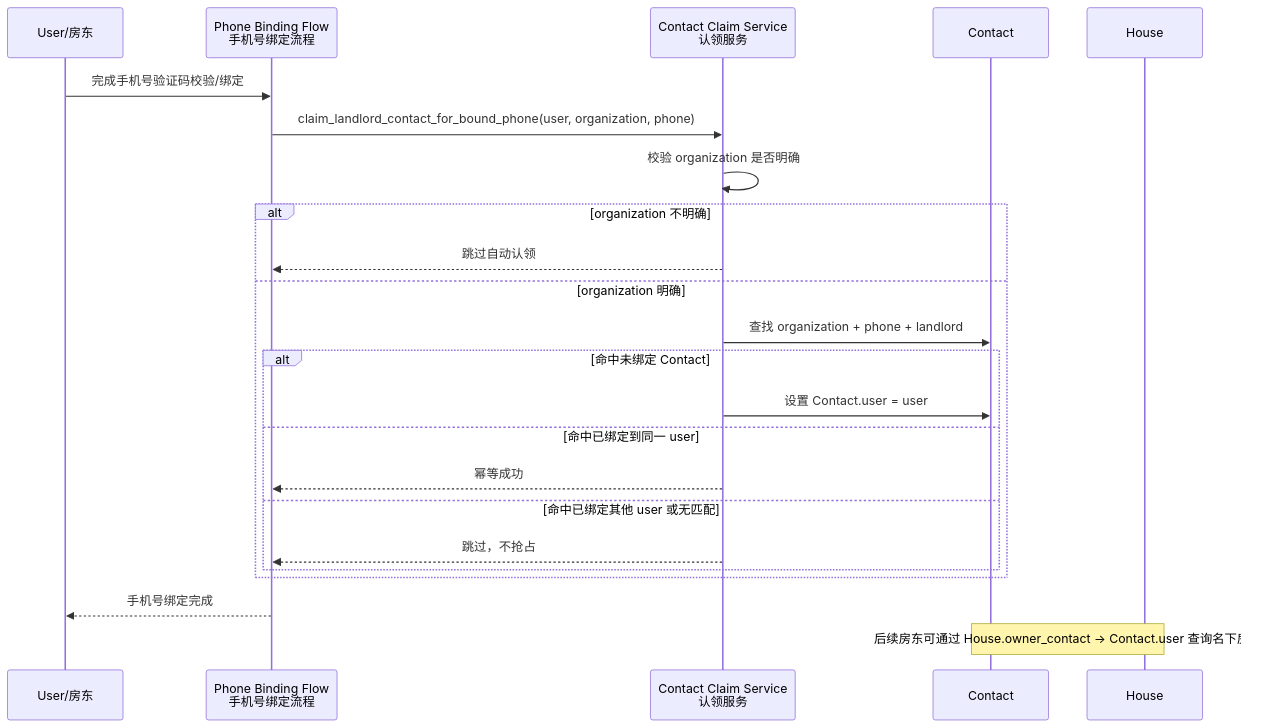
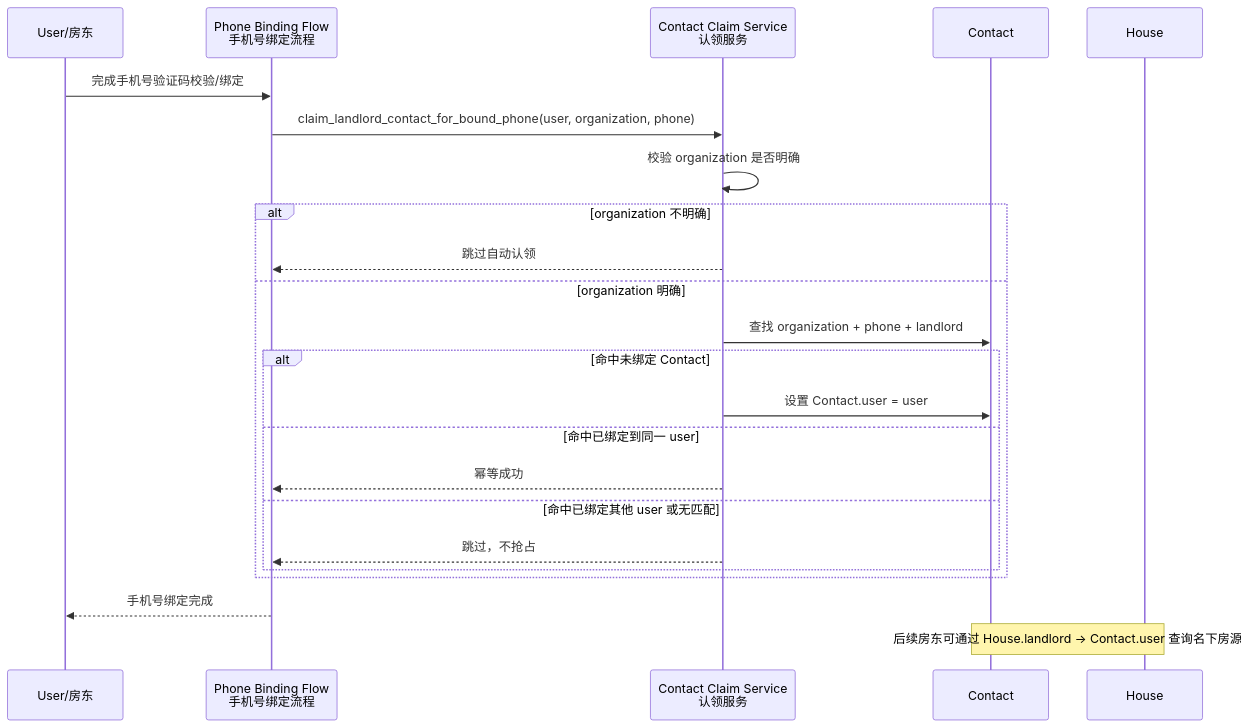
Before and after one commit to ol0o0lo/linkcloud-space: the sixth of 6 diagrams in openspec/changes/property-rental-management/design.md, drawn with Mermaid. The commit also changed other lines of this file and 7 other files, not shown here.

````diff
--- a/openspec/changes/property-rental-management/design.md
+++ b/openspec/changes/property-rental-management/design.md
@@ -210,26 +485,26 @@
 ```mermaid
 sequenceDiagram
     participant U as User/房东
     participant P as Phone Binding Flow<br/>手机号绑定流程
     participant S as Contact Claim Service<br/>认领服务
     participant C as Contact
     participant H as House
 
     U->>P: 完成手机号验证码校验/绑定
     P->>S: claim_landlord_contact_for_bound_phone(user, organization, phone)
     S->>S: 校验 organization 是否明确
     alt organization 不明确
         S-->>P: 跳过自动认领
     else organization 明确
         S->>C: 查找 organization + phone + landlord
         alt 命中未绑定 Contact
             S->>C: 设置 Contact.user = user
         else 命中已绑定到同一 user
             S-->>P: 幂等成功
         else 命中已绑定其他 user 或无匹配
             S-->>P: 跳过，不抢占
         end
     end
     P-->>U: 手机号绑定完成
-    Note over H,C: 后续房东可通过 House.owner_contact -> Contact.user 查询名下房源
+    Note over H,C: 后续房东可通过 House.landlord -> Contact.user 查询名下房源
 ```
````
